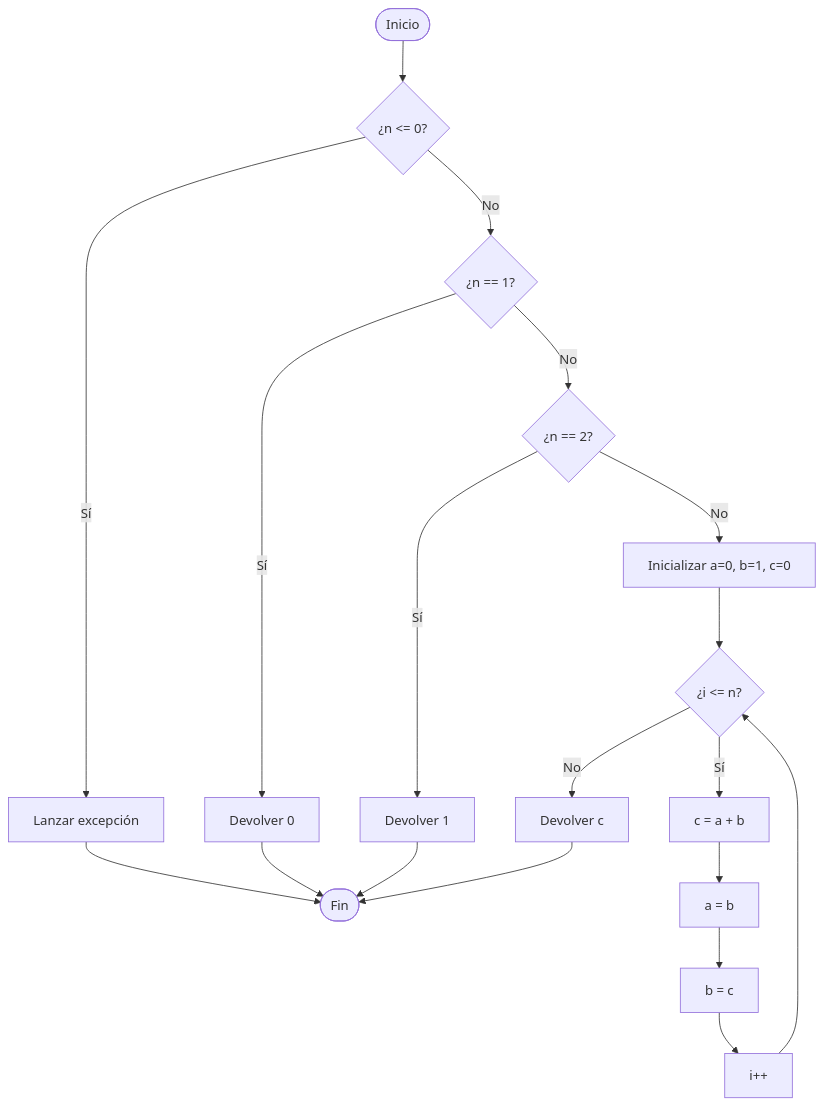
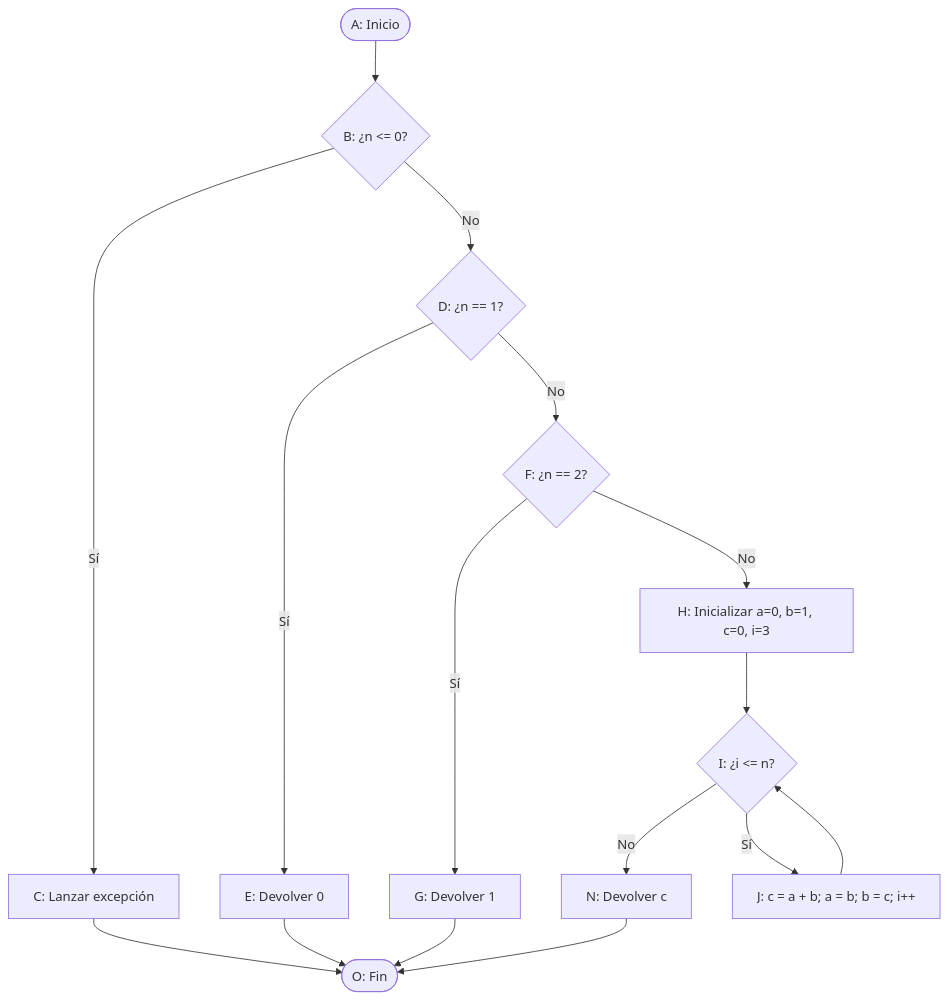
One commit to danielmartinan/entornos_desarrollo_2024-25 changed the ninth of 9 diagrams in UD5_diseno_realizacion_pruebas/apuntes/UD5_2_Tipos_pruebas.md. Above: the diagram before and after it, drawn with Mermaid. The commit also changed other lines of this file and 2 other files, not shown here.

````diff
--- a/UD5_diseno_realizacion_pruebas/apuntes/UD5_2_Tipos_pruebas.md
+++ b/UD5_diseno_realizacion_pruebas/apuntes/UD5_2_Tipos_pruebas.md
@@ -796,21 +793,18 @@
    ```mermaid
     graph TD
-        A([Inicio]) --> B{¿n <= 0?}
-        B -->|Sí| C[Lanzar excepción]
-        B -->|No| D{¿n == 1?}
-        D -->|Sí| E[Devolver 0]
-        D -->|No| F{¿n == 2?}
-        F -->|Sí| G[Devolver 1]
-        F -->|No| H[Inicializar a=0, b=1, c=0]
-        H --> I{¿i <= n?}
-        I -->|No| N[Devolver c]
-        I -->|Sí| J[c = a + b]
-        J --> K[a = b]
-        K --> L[b = c]
-        L --> M[i++]
-        M --> I
-        C --> O([Fin])
+        A([A: Inicio]) --> B{B: ¿n <= 0?}
+        B -->|Sí| C[C: Lanzar excepción]
+        B -->|No| D{D: ¿n == 1?}
+        D -->|Sí| E[E: Devolver 0]
+        D -->|No| F{F: ¿n == 2?}
+        F -->|Sí| G[G: Devolver 1]
+        F -->|No| H[H: Inicializar a=0, b=1, c=0, i=3]
+        H --> I{I: ¿i <= n?}
+        I -->|No| N[N: Devolver c]
+        I -->|Sí| J[J: c = a + b; a = b; b = c; i++]
+        J --> I
+        C --> O([O: Fin])
         E --> O
         G --> O
         N --> O
    ```
````
